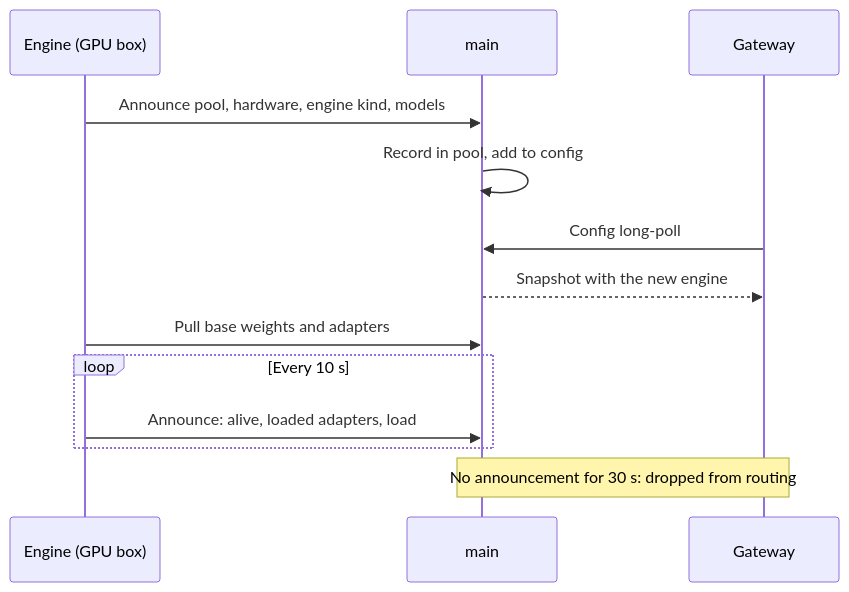
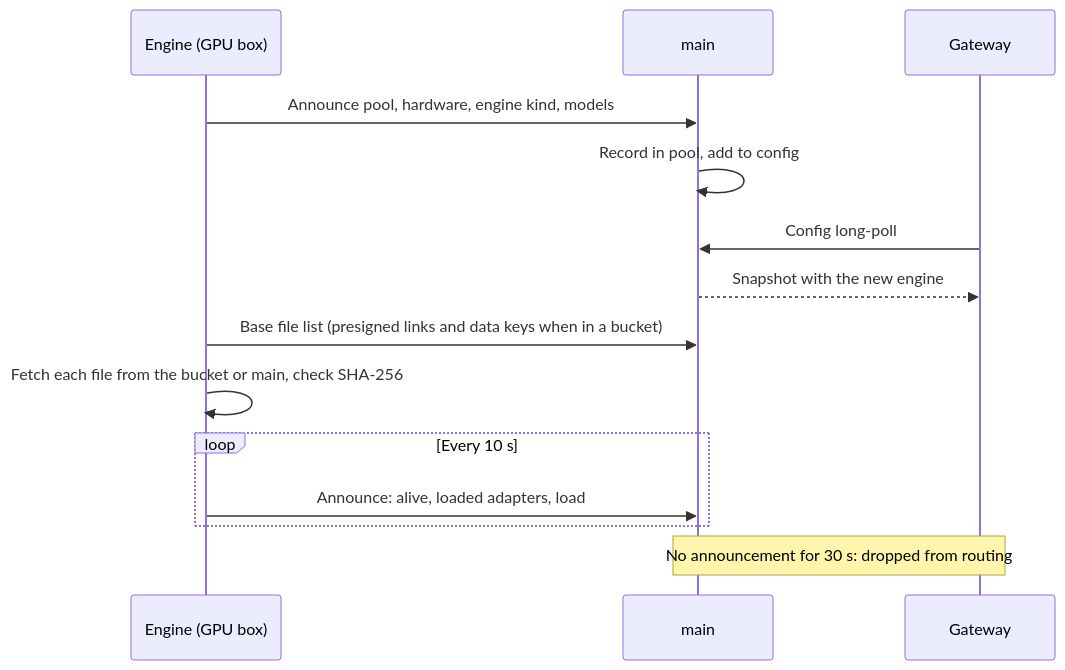
One commit to offbeatport/minibrain changed the fourth of 4 diagrams in docs/serving.md. Above: the diagram before and after it, drawn with Mermaid. The commit also changed other lines of this file and 5 other files, not shown here.

Commit message:
docs(storage): base weights in the bucket, signed links, data keys and working copies

````diff
--- a/docs/serving.md
+++ b/docs/serving.md
@@ -177,15 +183,16 @@
 ```mermaid
 sequenceDiagram
     participant EN as Engine (GPU box)
     participant MA as main
     participant GW as Gateway
     EN->>MA: Announce pool, hardware, engine kind, models
     MA->>MA: Record in pool, add to config
     GW->>MA: Config long-poll
     MA-->>GW: Snapshot with the new engine
-    EN->>MA: Pull base weights and adapters
+    EN->>MA: Base file list (presigned links and data keys when in a bucket)
+    EN->>EN: Fetch each file from the bucket or main, check SHA-256
     loop Every 10 s
         EN->>MA: Announce: alive, loaded adapters, load
     end
     Note over MA,GW: No announcement for 30 s: dropped from routing
 ```
````
